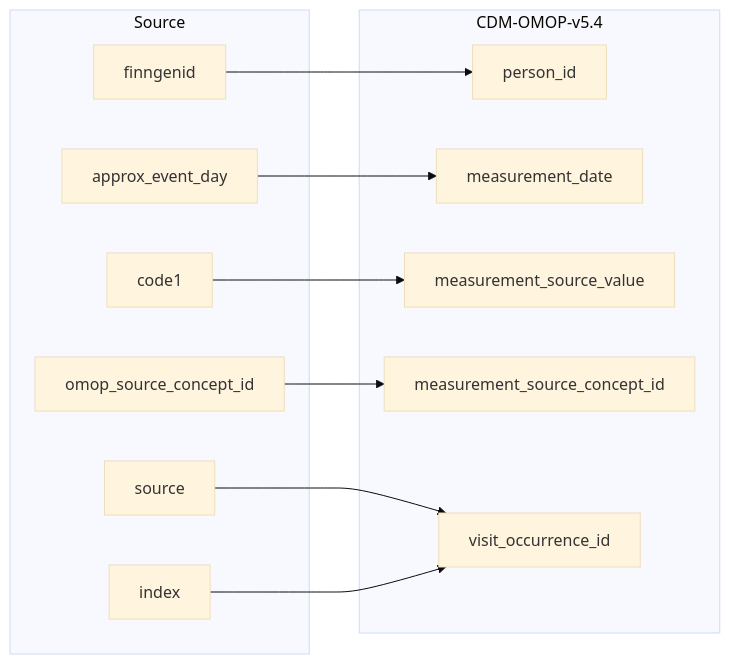
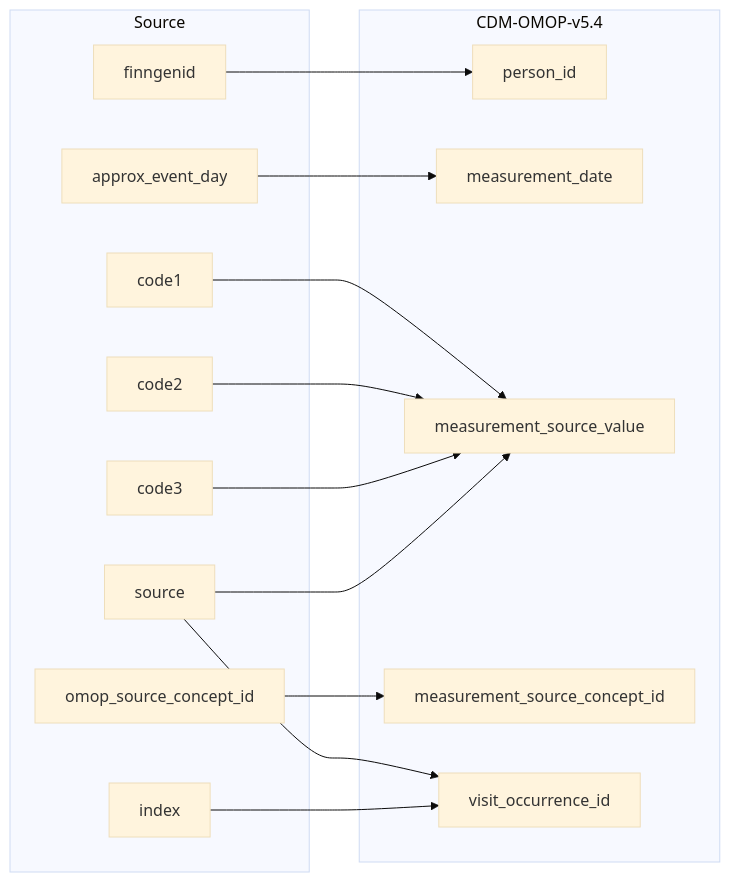
The diagram in 2_etl_specifications/documentation/stem_to_measurement.md (FINNGEN/ETL), drawn with Mermaid before and after one commit. The commit also changed other lines of this file and 14 other files, not shown here.

First line of the commit message:
Add SOURCE to _source_value in all domain tables (condition, procedure, device, measurement, observation)

````diff
--- a/2_etl_specifications/documentation/stem_to_measurement.md
+++ b/2_etl_specifications/documentation/stem_to_measurement.md
@@ -11,28 +11,33 @@
 ```mermaid
 %%{init: {'theme': 'base' } }%%
 %%{init: {'theme': 'base' } }%%
 flowchart LR
     subgraph Source
         finngenid
         source
         approx_event_day
         code1
+        code2
+        code3
         index
         omop_source_concept_id
     end
 
     subgraph CDM-OMOP-v5.4
         person_id
         measurement_date
         measurement_source_value
         measurement_source_concept_id
         visit_occurrence_id
     end
 
     finngenid-->person_id
     approx_event_day-->measurement_date
     code1-->measurement_source_value
+    code2-->measurement_source_value
+    code3-->measurement_source_value
+    source-->measurement_source_value
     omop_source_concept_id-->measurement_source_concept_id
     source-->visit_occurrence_id
     index-->visit_occurrence_id
 ```
````
